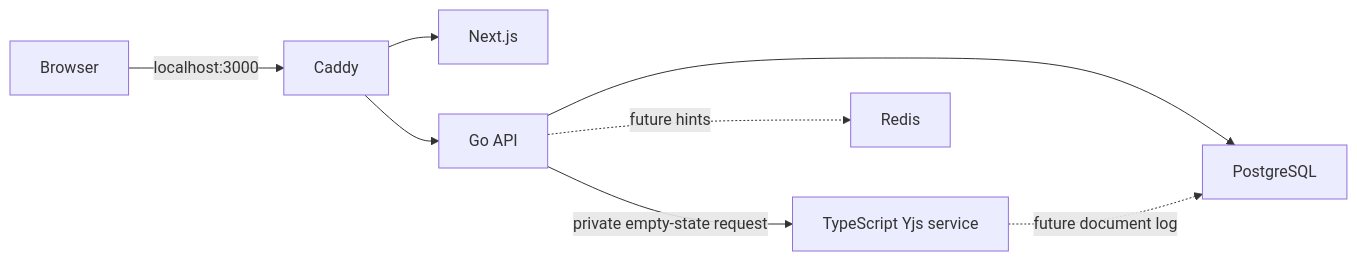
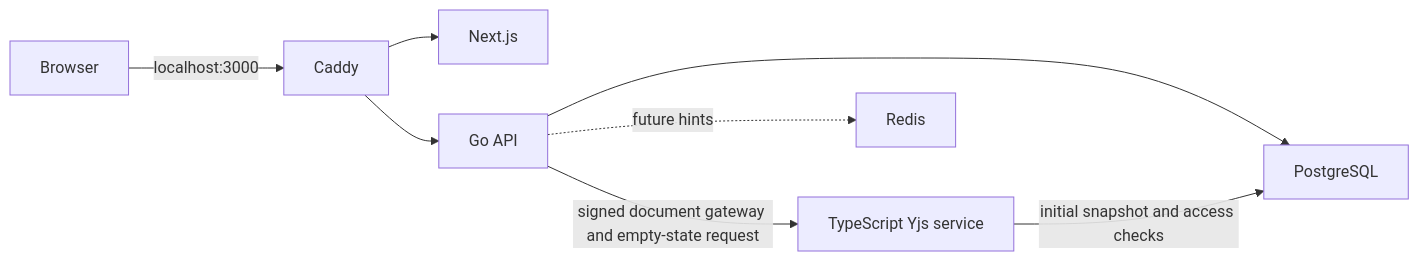
Before and after one commit to pentest200/Collaborative-Code-Editor: the diagram in docs/architecture.md, drawn with Mermaid. The commit also changed other lines of this file and 32 other files, not shown here.

````diff
--- a/docs/architecture.md
+++ b/docs/architecture.md
@@ -11,10 +11,10 @@
 ```mermaid
 flowchart LR
   Browser -->|localhost:3000| Edge[Caddy]
   Edge --> Web[Next.js]
   Edge --> API[Go API]
-  API -->|private empty-state request| Collab[TypeScript Yjs service]
+  API -->|signed document gateway and empty-state request| Collab[TypeScript Yjs service]
   API --> PostgreSQL
-  Collab -. future document log .-> PostgreSQL
+  Collab -->|initial snapshot and access checks| PostgreSQL
   API -. future hints .-> Redis
 ```
````
